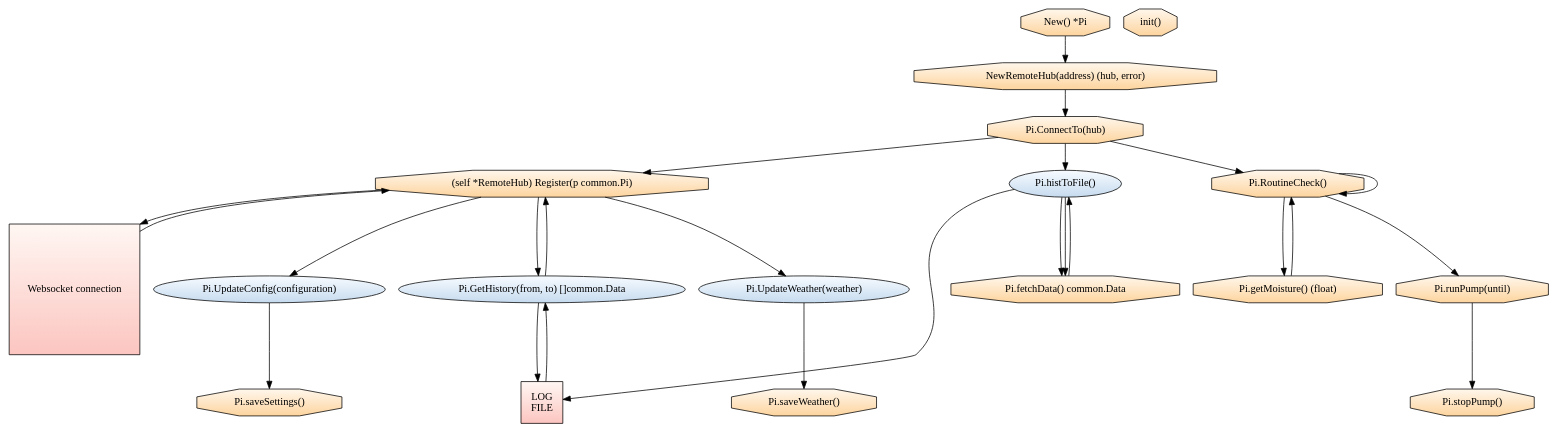
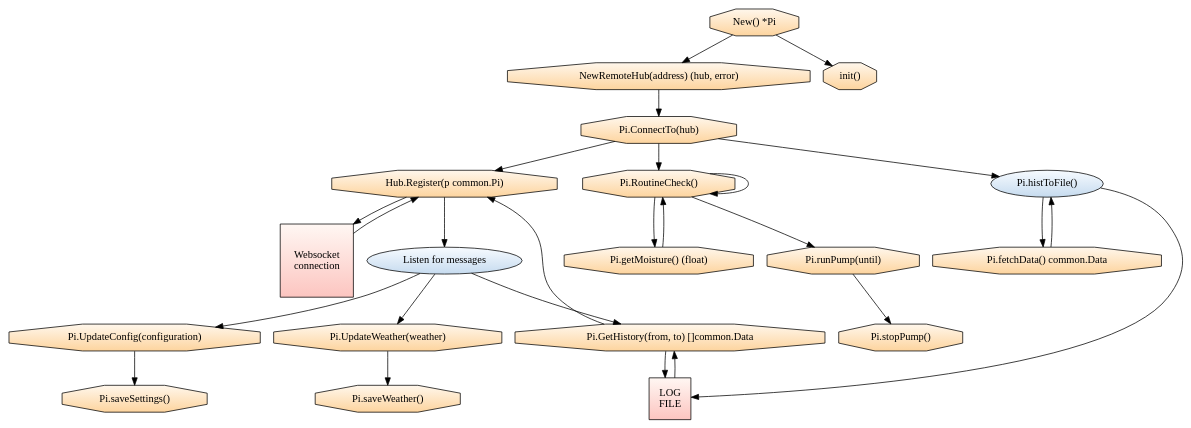
Before and after one commit to emelor/raspberry: the diagram in Thesis flowcharts/NodeProgramFlowchart.dot, drawn with Graphviz. The commit also changed 1 other file, not shown here.

Commit message:
node flowchart first draft finished

```diff
--- a/Thesis flowcharts/NodeProgramFlowchart.dot
+++ b/Thesis flowcharts/NodeProgramFlowchart.dot
@@ -1,88 +1,94 @@
 //dot -Tsvg -oNodeProgram.svg NodeProgramFlowchart.dot
 
 digraph G {
 
 	// Action nodes
 	{
 		node[shape=octagon, style=filled, fillcolor="/orrd9/1:/orrd9/3", gradientangle=270];
 	
 
 
 
-	register [label="(self *RemoteHub) Register(p common.Pi)"];
+	register [label="Hub.Register(p common.Pi)"];
 	
 	newPi [label="New() *Pi"];
 
 	newRemoteHub [label="NewRemoteHub(address) (hub, error)"];
 	
 	saveSettings [label="Pi.saveSettings()"];
 	
 	saveWeather [label="Pi.saveWeather()"];
 	
 	init [label="init()"];
 
 	getMoisture [label="Pi.getMoisture() (float)"];
 
 	run [label="Pi.runPump(until)"];
 
 	stop [label="Pi.stopPump()"];
 
 	routineCheck [label="Pi.RoutineCheck()"];
 
 	connectTo [label="Pi.ConnectTo(hub)"];
 
 	fetchData [label="Pi.fetchData() common.Data"];
+	
+	updateConfig [label="Pi.UpdateConfig(configuration)"];
+			
+	updateWeather [label="Pi.UpdateWeather(weather)"];
+		
+	getHistory [label="Pi.GetHistory(from, to) []common.Data"];
 
 	}
 
 	// Other nodes
 	{
 		node[shape=square, style=filled, fillcolor="/rdpu9/1:/rdpu9/3", gradientangle=270];
 		
 		"LOG \n FILE"
-		"Websocket connection"
+		"Websocket \n connection"
 	}
 
 	// Separate GO routines
 	{
 		node[shape=ellipse, style=filled, fillcolor="/blues9/1:/blues9/3", gradientangle=270]
 		
-		getHistory [label="Pi.GetHistory(from, to) []common.Data"];
 		routineCheck [label="Pi.RoutineCheck()"];
 		histToFile [label="Pi.histToFile()"];
-		updateConfig [label="Pi.UpdateConfig(configuration)"];
-		updateWeather [label="Pi.UpdateWeather(weather)"];
+		"Listen for messages"
+
 		
 	}
 	
 	// Flow chart graph data
 	"newPi" -> "newRemoteHub"
+	"newPi" -> "init"
+	"register" -> "Listen for messages"
 	"newRemoteHub" -> "connectTo"
 	"connectTo" -> "register"
 	"connectTo" -> "routineCheck"
 	"connectTo" -> "histToFile"
-	"histToFile" -> "fetchData"
 	"histToFile" -> "LOG \n FILE"
 	"LOG \n FILE" -> "getHistory"
 	"getHistory" -> "LOG \n FILE"
-	"register" -> "getHistory"
+	"Listen for messages" -> "getHistory"
 	"getHistory" -> "register"
-	"register" -> "Websocket connection"
-	"Websocket connection" -> "register"
+	"register" -> "Websocket \n connection"
+	"Websocket \n connection" -> "register"
 	"histToFile" -> "fetchData"
 	"fetchData" -> "histToFile"
 	"routineCheck" -> "run"
 	"run" -> "stop"
 	"routineCheck" -> "routineCheck"
 	"routineCheck" -> "getMoisture"
 	"getMoisture" -> "routineCheck"
-	"register" -> "updateConfig"
-	"register" -> "updateWeather"
+	"Listen for messages" -> "updateConfig"
+	"Listen for messages" -> "updateWeather"
 	"updateConfig" -> "saveSettings"
 	"updateWeather" -> "saveWeather"
 	
 	
 	//“User logs in" -> "First log in?"
 	//“First log in?" -> "Display configuration GUI" [label="Yes"]
 	
 }
```
